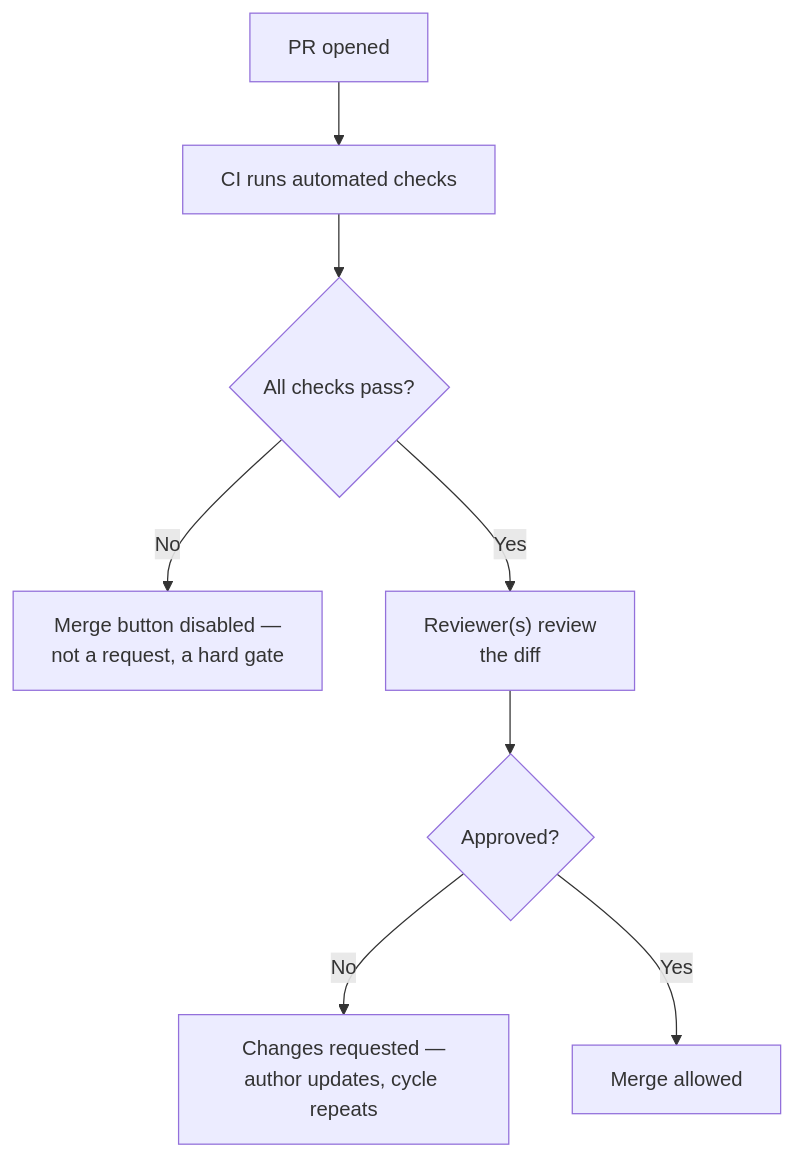
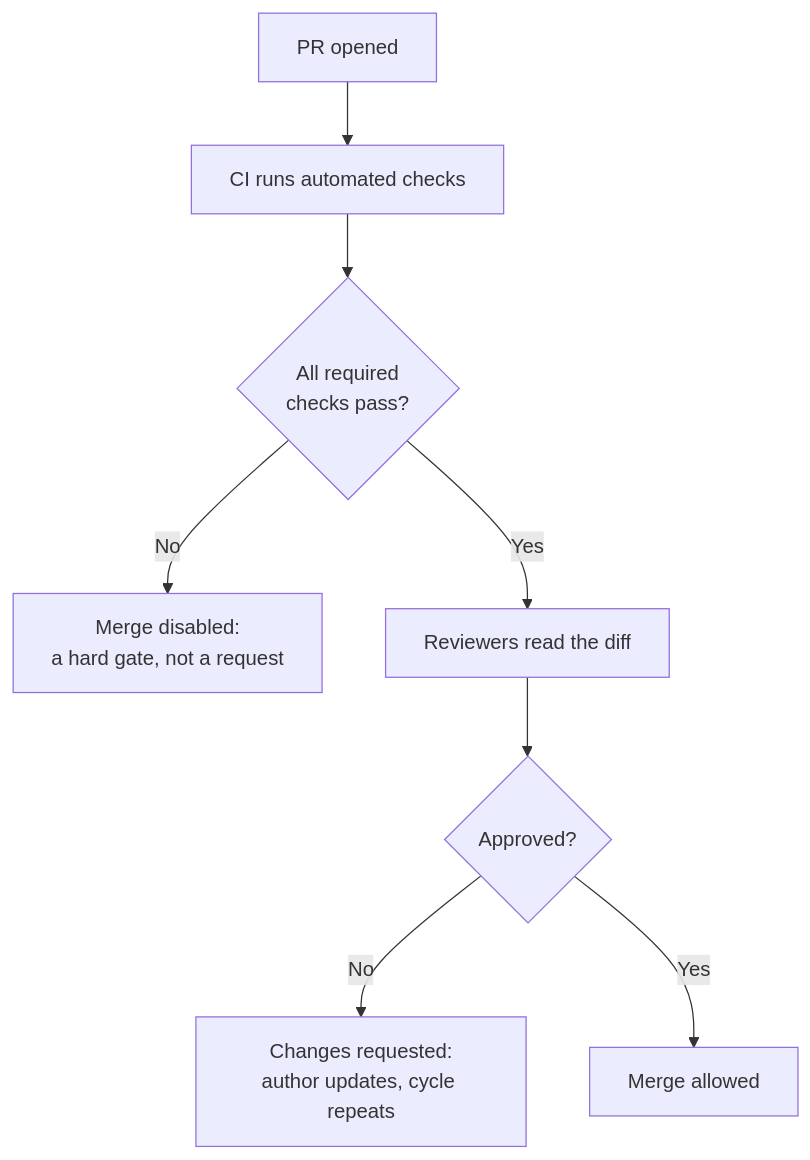
One commit to francoandreDev/knowledge changed the second of 2 diagrams in src/content/git-teamwork/prs/L2-concept.mdx. Above: the diagram before and after it, drawn with Mermaid. The commit also changed other lines of this file and 3 other files, not shown here.

````diff
--- a/src/content/git-teamwork/prs/L2-concept.mdx
+++ b/src/content/git-teamwork/prs/L2-concept.mdx
@@ -104,10 +101,10 @@
 ```mermaid
 flowchart TD
     A["PR opened"] --> B["CI runs automated checks"]
-    B --> C{"All checks pass?"}
-    C -->|"No"| D["Merge button disabled —\nnot a request, a hard gate"]
-    C -->|"Yes"| E["Reviewer(s) review\nthe diff"]
+    B --> C{"All required\nchecks pass?"}
+    C -->|"No"| D["Merge disabled:\na hard gate, not a request"]
+    C -->|"Yes"| E["Reviewers read the diff"]
     E --> F{"Approved?"}
-    F -->|"No"| G["Changes requested —\nauthor updates, cycle repeats"]
+    F -->|"No"| G["Changes requested:\nauthor updates, cycle repeats"]
     F -->|"Yes"| H["Merge allowed"]
 ```
````
